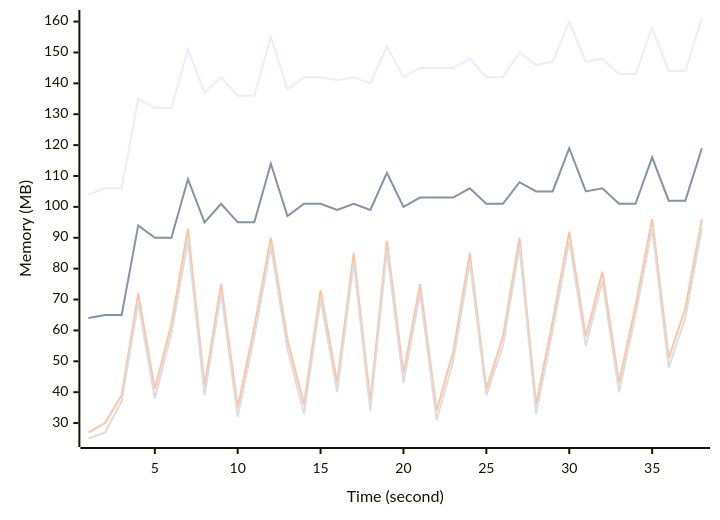
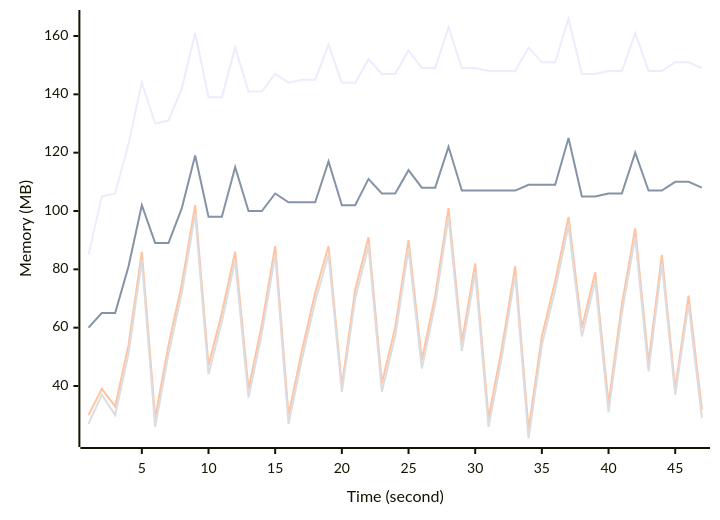
The diagram in docs/benchmarks/AMD Ryzen 9 7940HS w Radeon 780M Graphics.md (samchon/backend), drawn with Mermaid before and after one commit. The commit also changed other lines of this file and 1 other file, not shown here.

````diff
--- a/docs/benchmarks/AMD Ryzen 9 7940HS w Radeon 780M Graphics.md
+++ b/docs/benchmarks/AMD Ryzen 9 7940HS w Radeon 780M Graphics.md
@@ -25,9 +25,9 @@
 ```mermaid
 xychart-beta
   x-axis "Time (second)"
   y-axis "Memory (MB)"
-  line "Resident Set Size" [104, 106, 106, 135, 132, 132, 151, 137, 142, 136, 136, 155, 138, 142, 142, 141, 142, 140, 152, 142, 145, 145, 145, 148, 142, 142, 150, 146, 147, 160, 147, 148, 143, 143, 158, 144, 144, 161]
-  line "Heap Total" [64, 65, 65, 94, 90, 90, 109, 95, 101, 95, 95, 114, 97, 101, 101, 99, 101, 99, 111, 100, 103, 103, 103, 106, 101, 101, 108, 105, 105, 119, 105, 106, 101, 101, 116, 102, 102, 119]
-  line "Heap Used + External" [27, 30, 39, 72, 41, 62, 93, 42, 75, 35, 61, 90, 57, 36, 73, 43, 85, 37, 89, 46, 75, 34, 53, 85, 41, 58, 90, 36, 63, 92, 58, 79, 43, 68, 96, 51, 67, 96]
-  line "Heap Used Only" [25, 27, 37, 69, 38, 59, 89, 39, 72, 32, 58, 87, 54, 33, 70, 40, 82, 34, 86, 43, 72, 31, 50, 82, 39, 55, 87, 33, 60, 89, 55, 76, 40, 65, 93, 48, 64, 93]
+  line "Resident Set Size" [85, 105, 106, 123, 144, 130, 131, 142, 161, 139, 139, 156, 141, 141, 147, 144, 145, 145, 157, 144, 144, 152, 147, 147, 155, 149, 149, 163, 149, 149, 148, 148, 148, 156, 151, 151, 166, 147, 147, 148, 148, 161, 148, 148, 151, 151, 149]
+  line "Heap Total" [60, 65, 65, 81, 102, 89, 89, 101, 119, 98, 98, 115, 100, 100, 106, 103, 103, 103, 117, 102, 102, 111, 106, 106, 114, 108, 108, 122, 107, 107, 107, 107, 107, 109, 109, 109, 125, 105, 105, 106, 106, 120, 107, 107, 110, 110, 108]
+  line "Heap Used + External" [30, 39, 33, 54, 86, 29, 54, 75, 102, 47, 65, 86, 39, 61, 88, 30, 52, 72, 88, 40, 73, 91, 41, 60, 90, 49, 71, 101, 55, 82, 29, 53, 81, 25, 57, 76, 98, 60, 79, 34, 68, 94, 48, 85, 39, 71, 32]
+  line "Heap Used Only" [27, 37, 30, 51, 83, 26, 51, 72, 99, 44, 62, 83, 36, 58, 85, 27, 49, 69, 85, 38, 70, 88, 38, 57, 87, 46, 68, 98, 52, 79, 26, 50, 78, 22, 54, 73, 95, 57, 76, 31, 65, 91, 45, 82, 37, 68, 29]
 ```
````
